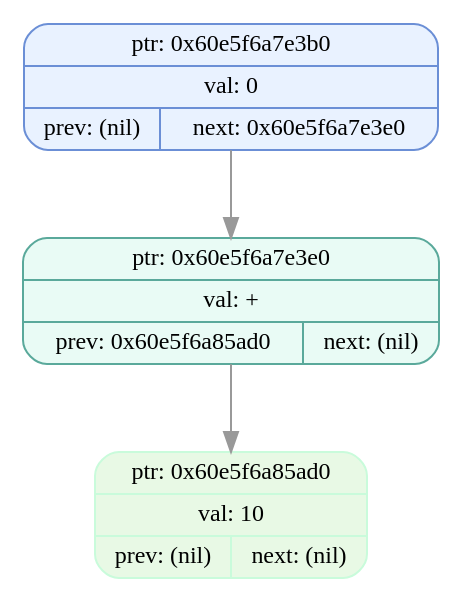
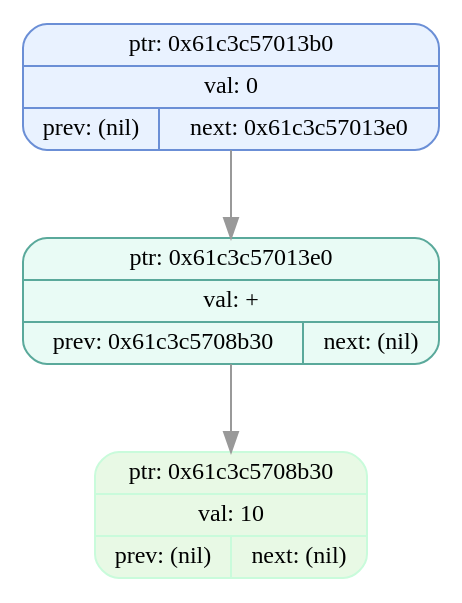
One commit to EvilTomato9890/Difference changed the diagram in dumps/tree_dump_001.dot. Above: the diagram before and after it, drawn with Graphviz. The commit also changed 29 other files, not shown here.

```diff
--- a/dumps/tree_dump_001.dot
+++ b/dumps/tree_dump_001.dot
@@ -1,9 +1,9 @@
 digraph T{
   node [fontname="Fira Mono",shape=record,style="filled,rounded",fontsize=12];
   graph [splines=true, nodesep=0.6, ranksep=0.6];
-  node_0x60e5f6a7e3b0[shape=record,label="{ {ptr: 0x60e5f6a7e3b0} | {val: 0} | { prev: (nil) | next: 0x60e5f6a7e3e0 } }",color="#6b8fd6",fillcolor="#e9f2ff"];
-  node_0x60e5f6a7e3e0[shape=record,label="{ {ptr: 0x60e5f6a7e3e0} | {val: +} | { prev: 0x60e5f6a85ad0 | next: (nil) } }",color="#5aa99b",fillcolor="#e9fbf5"];
-  node_0x60e5f6a85ad0[shape=record,label="{ {ptr: 0x60e5f6a85ad0} | {val: 10} | { prev: (nil) | next: (nil) } }",color="#c9fbdbff",fillcolor="#e8f9e5ff"];
-  node_0x60e5f6a7e3b0 -> node_0x60e5f6a7e3e0 [color="#999999"];
-  node_0x60e5f6a7e3e0 -> node_0x60e5f6a85ad0 [color="#999999"];
+  node_0x61c3c57013b0[shape=record,label="{ {ptr: 0x61c3c57013b0} | {val: 0} | { prev: (nil) | next: 0x61c3c57013e0 } }",color="#6b8fd6",fillcolor="#e9f2ff"];
+  node_0x61c3c57013e0[shape=record,label="{ {ptr: 0x61c3c57013e0} | {val: +} | { prev: 0x61c3c5708b30 | next: (nil) } }",color="#5aa99b",fillcolor="#e9fbf5"];
+  node_0x61c3c5708b30[shape=record,label="{ {ptr: 0x61c3c5708b30} | {val: 10} | { prev: (nil) | next: (nil) } }",color="#c9fbdbff",fillcolor="#e8f9e5ff"];
+  node_0x61c3c57013b0 -> node_0x61c3c57013e0 [color="#999999"];
+  node_0x61c3c57013e0 -> node_0x61c3c5708b30 [color="#999999"];
 }
```
